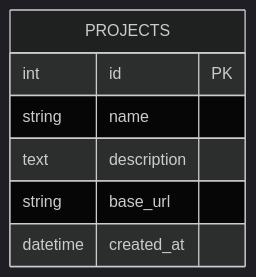
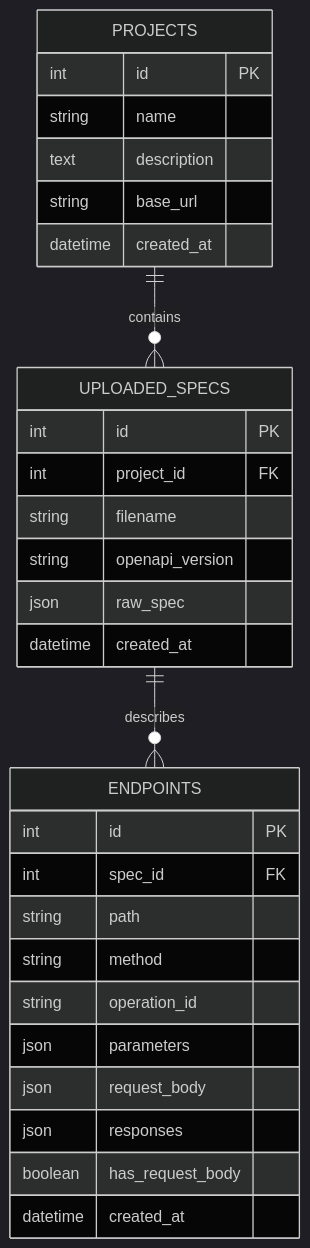
The second of 3 diagrams in ARCHITECTURE.md (AdityaT360/specpulse), drawn with Mermaid (dark theme) before and after one commit. The commit also changed other lines of this file and 19 other files, not shown here.

````diff
--- a/ARCHITECTURE.md
+++ b/ARCHITECTURE.md
@@ -36,10 +41,33 @@
 ```mermaid
 erDiagram
     PROJECTS {
         int id PK
         string name
         text description
         string base_url
         datetime created_at
     }
+    UPLOADED_SPECS {
+        int id PK
+        int project_id FK
+        string filename
+        string openapi_version
+        json raw_spec
+        datetime created_at
+    }
+    ENDPOINTS {
+        int id PK
+        int spec_id FK
+        string path
+        string method
+        string operation_id
+        json parameters
+        json request_body
+        json responses
+        boolean has_request_body
+        datetime created_at
+    }
+
+    PROJECTS ||--o{ UPLOADED_SPECS : contains
+    UPLOADED_SPECS ||--o{ ENDPOINTS : describes
 ```
````
